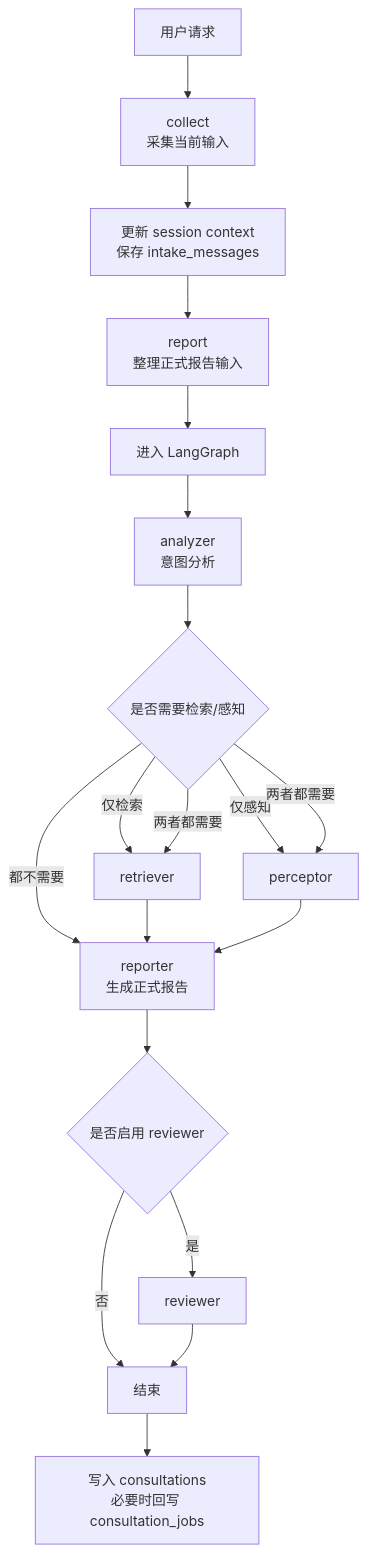
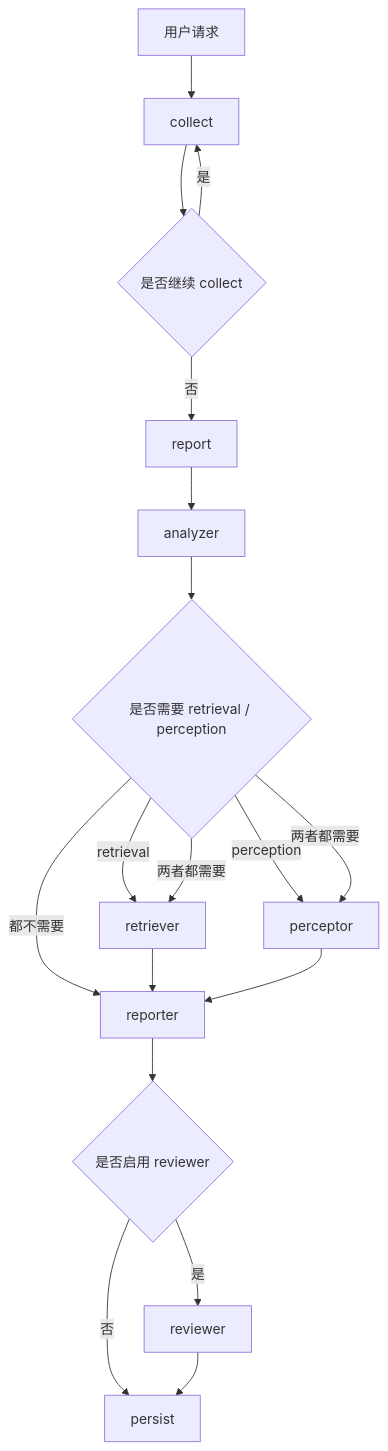
One commit to jiliguluhua/liver_rag changed the sixth of 8 diagrams in docs/backend_architecture.md. Above: the diagram before and after it, drawn with Mermaid. The commit also changed other lines of this file, not shown here.

Commit message:
修改架构文档

````diff
--- a/docs/backend_architecture.md
+++ b/docs/backend_architecture.md
@@ -218,28 +216,26 @@
 ```mermaid
 flowchart TD
-    A[用户请求] --> B[collect<br/>采集当前输入]
-    B --> C[更新 session context<br/>保存 intake_messages]
-    C --> D[report<br/>整理正式报告输入]
+    A[用户请求] --> B[collect]
+    B --> C{是否继续 collect}
 
-    D --> E[进入 LangGraph]
+    C -->|是| B
+    C -->|否| D[report]
 
-    E --> F[analyzer<br/>意图分析]
-    F --> G{是否需要检索/感知}
+    D --> E[analyzer]
+    E --> F{是否需要 retrieval / perception}
 
-    G -->|仅检索| H[retriever]
-    G -->|仅感知| I[perceptor]
-    G -->|两者都需要| H
-    G -->|两者都需要| I
-    G -->|都不需要| J[reporter]
+    F -->|retrieval| G[retriever]
+    F -->|perception| H[perceptor]
+    F -->|两者都需要| G
+    F -->|两者都需要| H
+    F -->|都不需要| I[reporter]
 
-    H --> J[reporter<br/>生成正式报告]
-    I --> J
+    G --> I[reporter]
+    H --> I
 
-    J --> K{是否启用 reviewer}
-    K -->|是| L[reviewer]
-    K -->|否| M[结束]
+    I --> J{是否启用 reviewer}
+    J -->|是| K[reviewer]
+    J -->|否| L[persist]
 
-    L --> M[结束]
-
-    M --> N[写入 consultations<br/>必要时回写 consultation_jobs]
+    K --> L[persist]
 ```
````
